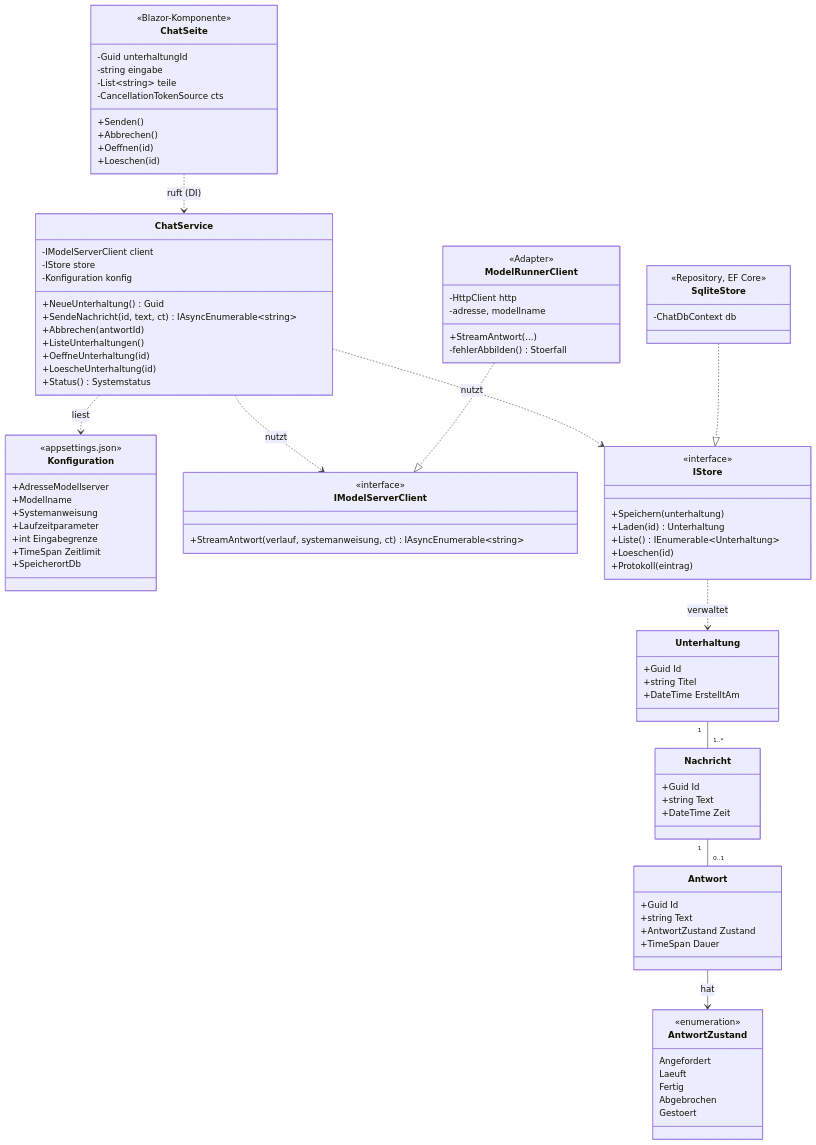
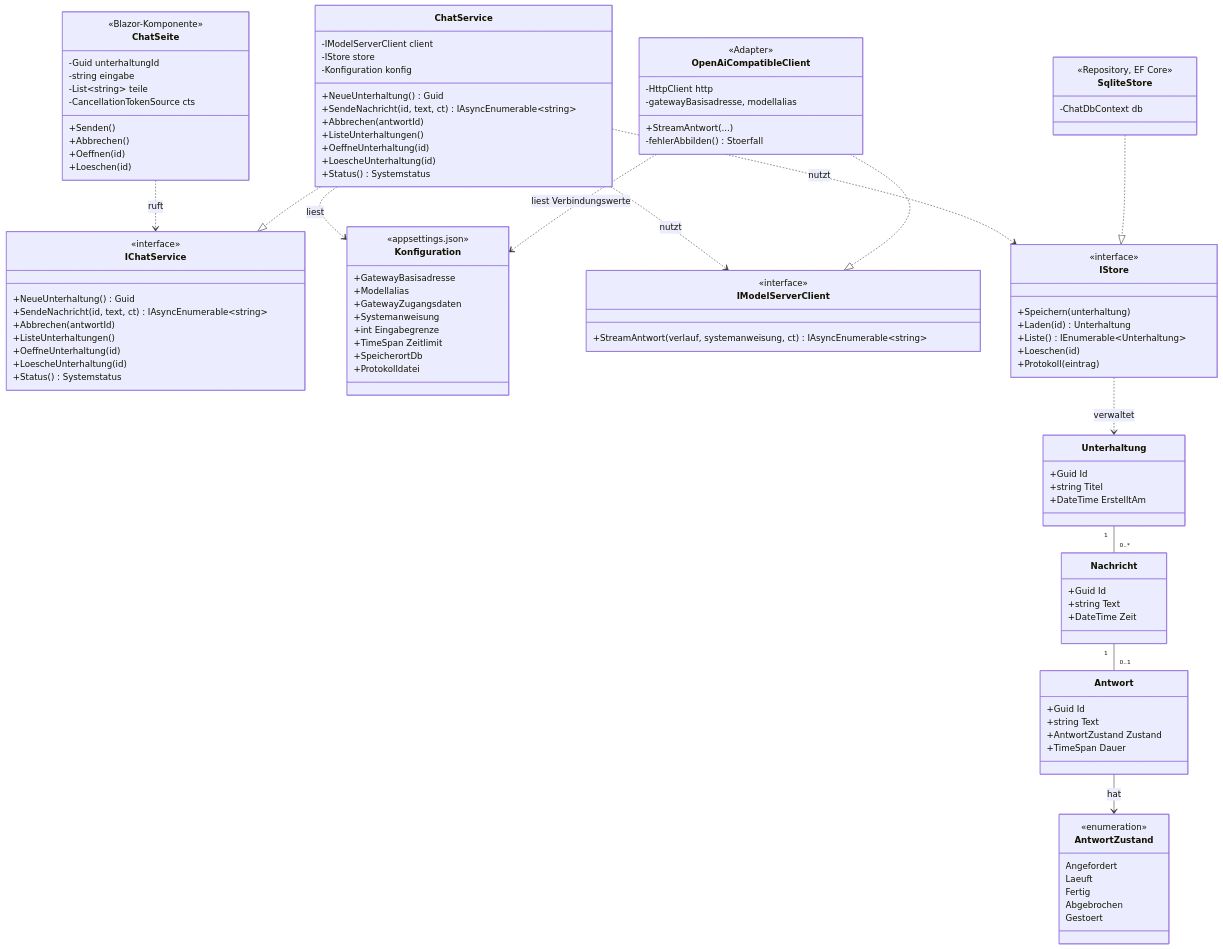
Before and after one commit to thedmo/CustomLocalAiFront: the second of 5 diagrams in agent/Design.md, drawn with Mermaid. The commit also changed other lines of this file and 1 other file, not shown here.

````diff
--- a/agent/Design.md
+++ b/agent/Design.md
@@ -75,15 +88,26 @@
         +LoescheUnterhaltung(id)
         +Status() Systemstatus
     }
+    class IChatService {
+        <<interface>>
+        +NeueUnterhaltung() Guid
+        +SendeNachricht(id, text, ct) IAsyncEnumerable~string~
+        +Abbrechen(antwortId)
+        +ListeUnterhaltungen()
+        +OeffneUnterhaltung(id)
+        +LoescheUnterhaltung(id)
+        +Status() Systemstatus
+    }
     class Konfiguration {
         <<appsettings.json>>
-        +AdresseModellserver
-        +Modellname
+        +GatewayBasisadresse
+        +Modellalias
+        +GatewayZugangsdaten
         +Systemanweisung
-        +Laufzeitparameter
         +int Eingabegrenze
         +TimeSpan Zeitlimit
         +SpeicherortDb
+        +Protokolldatei
     }
     class IModelServerClient {
         <<interface>>
@@ -97,10 +121,10 @@
         +Loeschen(id)
         +Protokoll(eintrag)
     }
-    class ModelRunnerClient {
+    class OpenAiCompatibleClient {
         <<Adapter>>
         -HttpClient http
-        -adresse, modellname
+        -gatewayBasisadresse, modellalias
         +StreamAntwort(...)
         -fehlerAbbilden() Stoerfall
     }
@@ -132,14 +156,16 @@
         Abgebrochen
         Gestoert
     }
-    ChatSeite ..> ChatService : ruft (DI)
+    ChatSeite ..> IChatService : ruft
+    ChatService ..|> IChatService
     ChatService ..> IModelServerClient : nutzt
     ChatService ..> IStore : nutzt
     ChatService ..> Konfiguration : liest
-    ModelRunnerClient ..|> IModelServerClient
+    OpenAiCompatibleClient ..|> IModelServerClient
+    OpenAiCompatibleClient ..> Konfiguration : liest Verbindungswerte
     SqliteStore ..|> IStore
     IStore ..> Unterhaltung : verwaltet
-    Unterhaltung "1" -- "1..*" Nachricht
+    Unterhaltung "1" -- "0..*" Nachricht
     Nachricht "1" -- "0..1" Antwort
     Antwort --> AntwortZustand : hat
 ```
````
